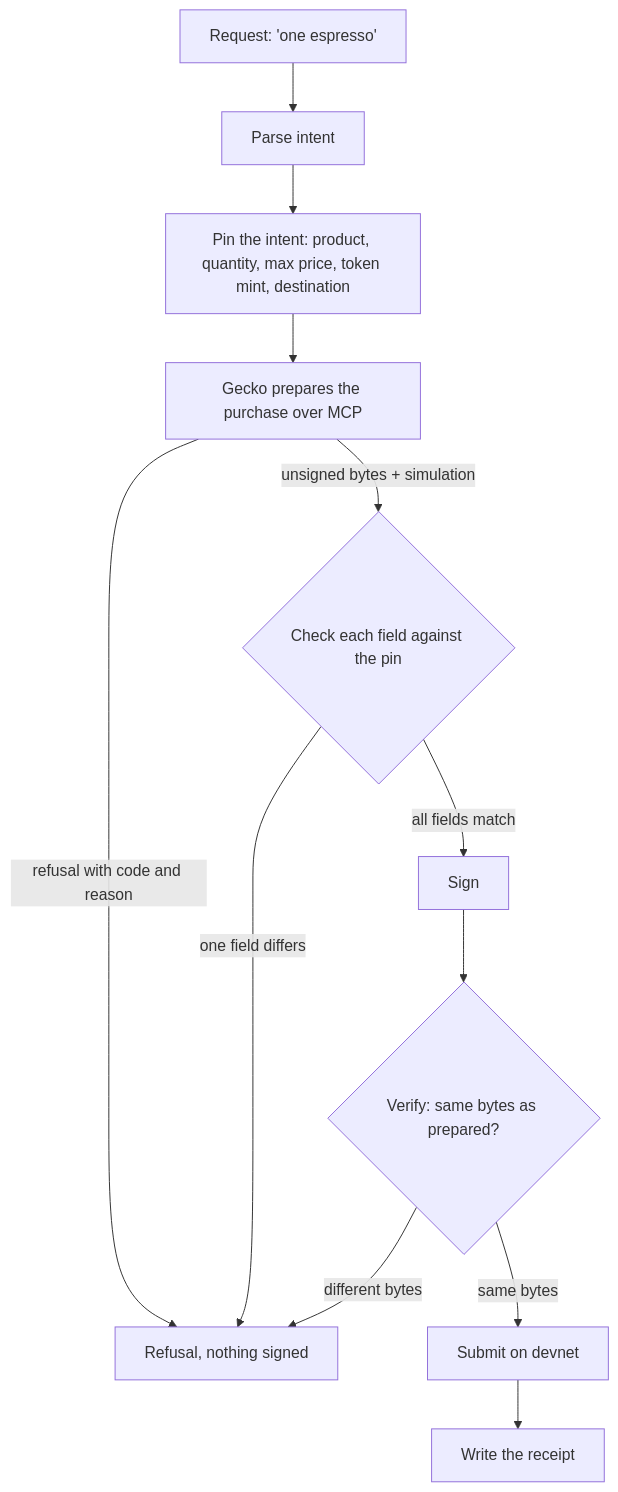
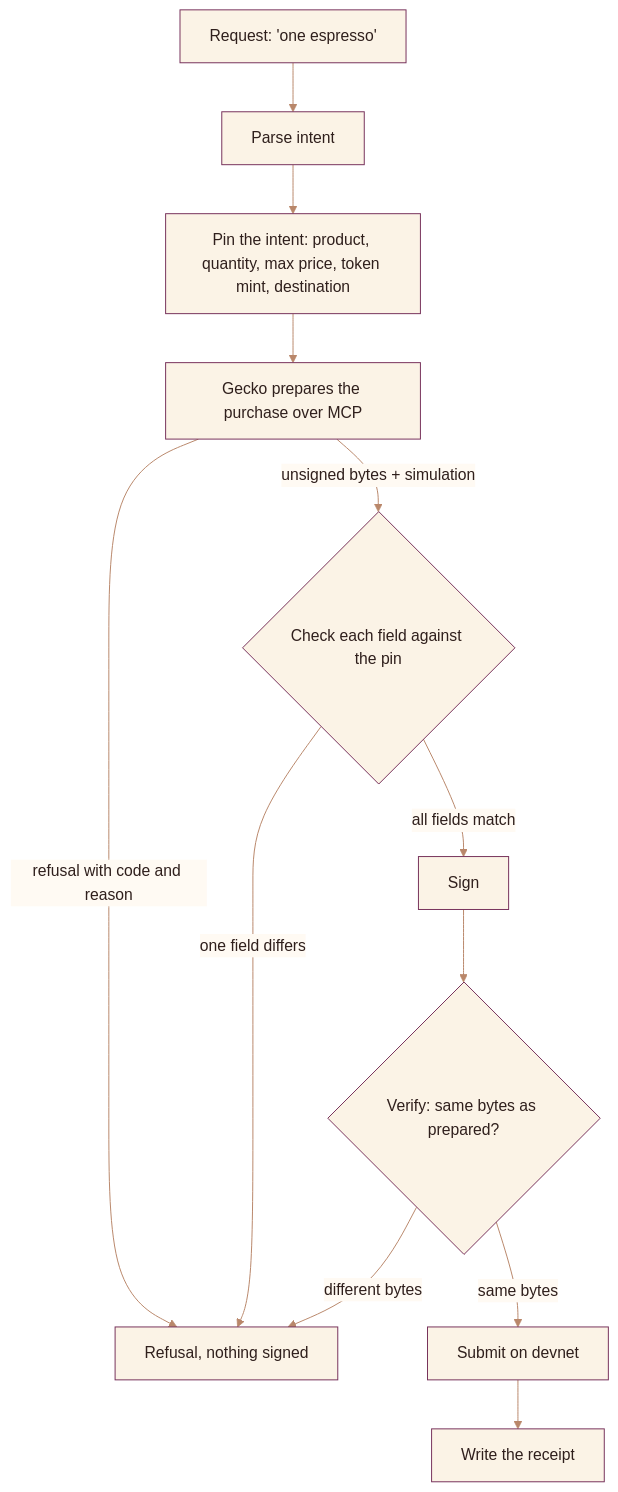
One commit to Mialy333/my-gecko-buyer changed the first of 2 diagrams in README.md. Above: the diagram before and after it, drawn with Mermaid. The commit also changed other lines of this file and 3 other files, not shown here.

````diff
--- a/README.md
+++ b/README.md
@@ -30,14 +57,15 @@
 ```mermaid
+%%{init: {'theme':'base','themeVariables':{'primaryColor':'#fbf3e6','primaryTextColor':'#2f1f1c','primaryBorderColor':'#76305a','lineColor':'#b9876a','secondaryColor':'#e9cfdc','tertiaryColor':'#fffaf3','edgeLabelBackground':'#fffaf3'}}}%%
 flowchart TD
     U["Request: 'one espresso'"] --> P[Parse intent]
     P --> PIN[Pin the intent: product, quantity, max price, token mint, destination]
     PIN --> G[Gecko prepares the purchase over MCP]
     G -->|refusal with code and reason| R[Refusal, nothing signed]
     G -->|unsigned bytes + simulation| C{Check each field against the pin}
     C -->|one field differs| R
     C -->|all fields match| S[Sign]
     S --> V{Verify: same bytes as prepared?}
     V -->|different bytes| R
     V -->|same bytes| T[Submit on devnet]
     T --> RC[Write the receipt]
 ```
````
